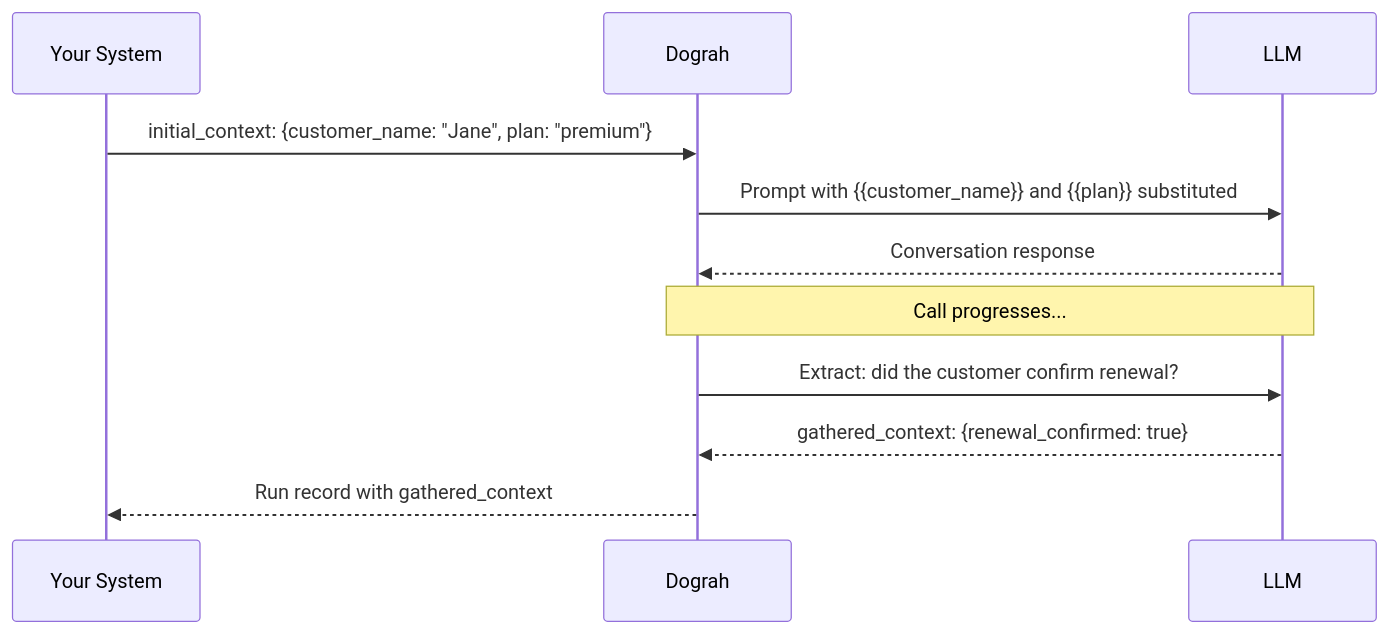
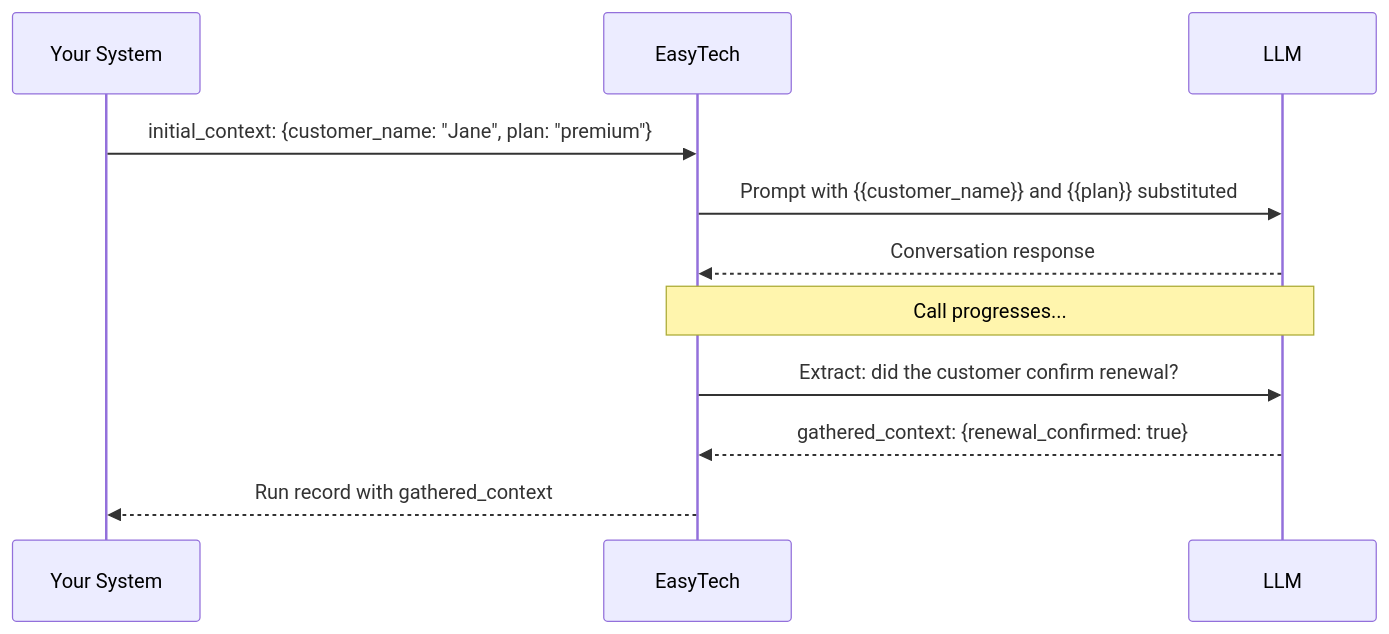
Before and after one commit to anuragshroff/easytech: the diagram in docs/core-concepts/context-and-variables.mdx, drawn with Mermaid. The commit also changed other lines of this file and 727 other files, not shown here.

First line of the commit message:
chore: hard rebrand from Dograh to EasyTech (no aliases); rename slug to easytech + migrations

````diff
--- a/docs/core-concepts/context-and-variables.mdx
+++ b/docs/core-concepts/context-and-variables.mdx
@@ -131,14 +131,14 @@
 ```mermaid
 sequenceDiagram
     participant App as Your System
-    participant Dog as Dograh
+    participant Dog as EasyTech
     participant LLM as LLM
 
     App->>Dog: initial_context: {customer_name: "Jane", plan: "premium"}
     Dog->>LLM: Prompt with {{customer_name}} and {{plan}} substituted
     LLM-->>Dog: Conversation response
     Note over Dog,LLM: Call progresses...
     Dog->>LLM: Extract: did the customer confirm renewal?
     LLM-->>Dog: gathered_context: {renewal_confirmed: true}
     Dog-->>App: Run record with gathered_context
 ```
````
